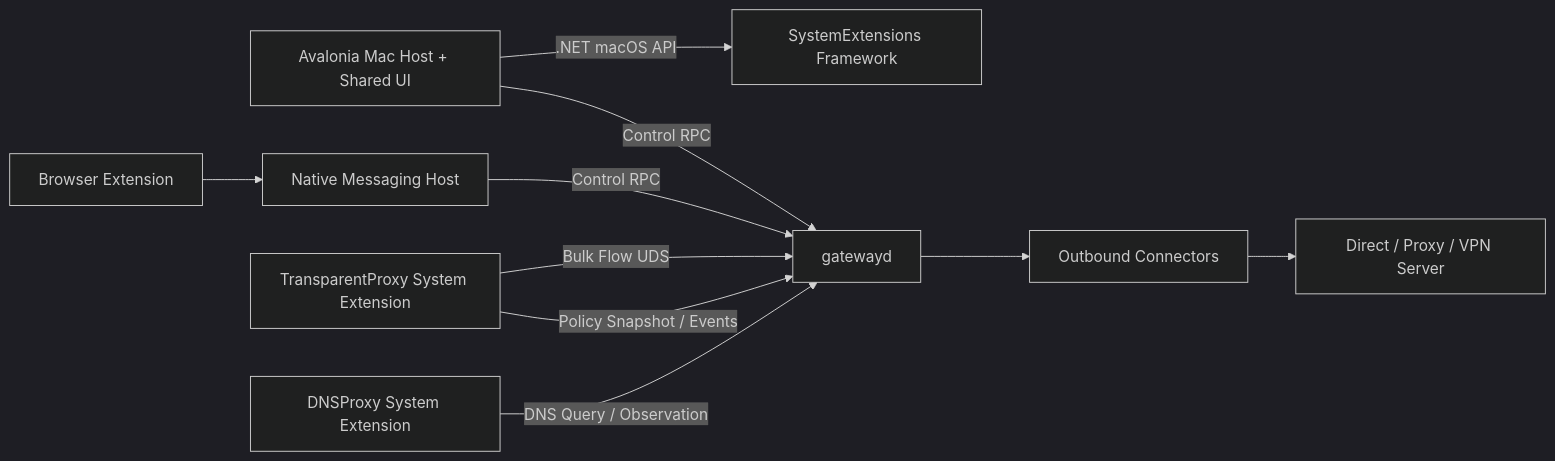
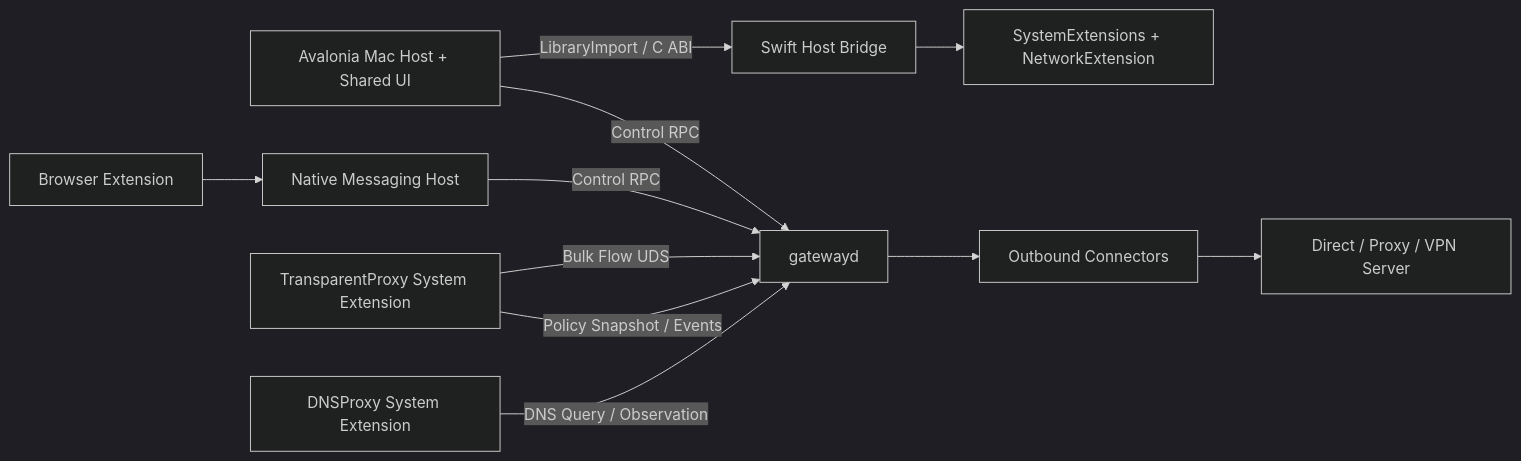
One commit to fanslead/non_proxy changed the second of 3 diagrams in docs/TECHNICAL_IMPLEMENTATION.md. Above: the diagram before and after it, drawn with Mermaid (dark theme). The commit also changed other lines of this file and 29 other files, not shown here.

Commit message:
feat(macos): manage system extension lifecycle

````diff
--- a/docs/TECHNICAL_IMPLEMENTATION.md
+++ b/docs/TECHNICAL_IMPLEMENTATION.md
@@ -444,12 +444,13 @@
 ```mermaid
 flowchart LR
     APP["Avalonia Mac Host + Shared UI"] -- "Control RPC" --> D["gatewayd"]
-    APP -- ".NET macOS API" --> SEC["SystemExtensions Framework"]
+    APP -- "LibraryImport / C ABI" --> BRIDGE["Swift Host Bridge"]
+    BRIDGE --> SEC["SystemExtensions + NetworkExtension"]
     EXT["Browser Extension"] --> NMH["Native Messaging Host"]
     NMH -- "Control RPC" --> D
     TP["TransparentProxy System Extension"] -- "Policy Snapshot / Events" --> D
     DP["DNSProxy System Extension"] -- "DNS Query / Observation" --> D
     TP -- "Bulk Flow UDS" --> D
     D --> OUT["Outbound Connectors"]
     OUT --> NET["Direct / Proxy / VPN Server"]
 ```
````
